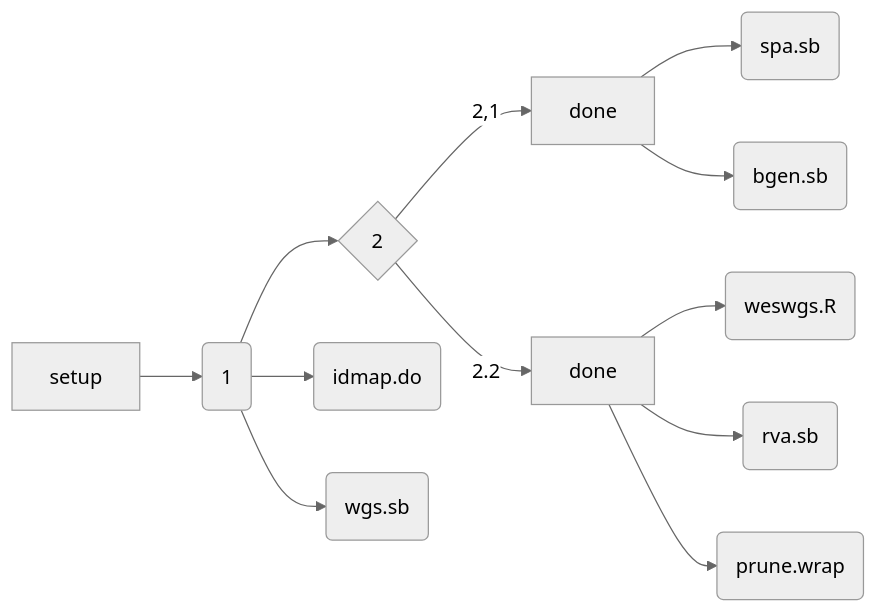
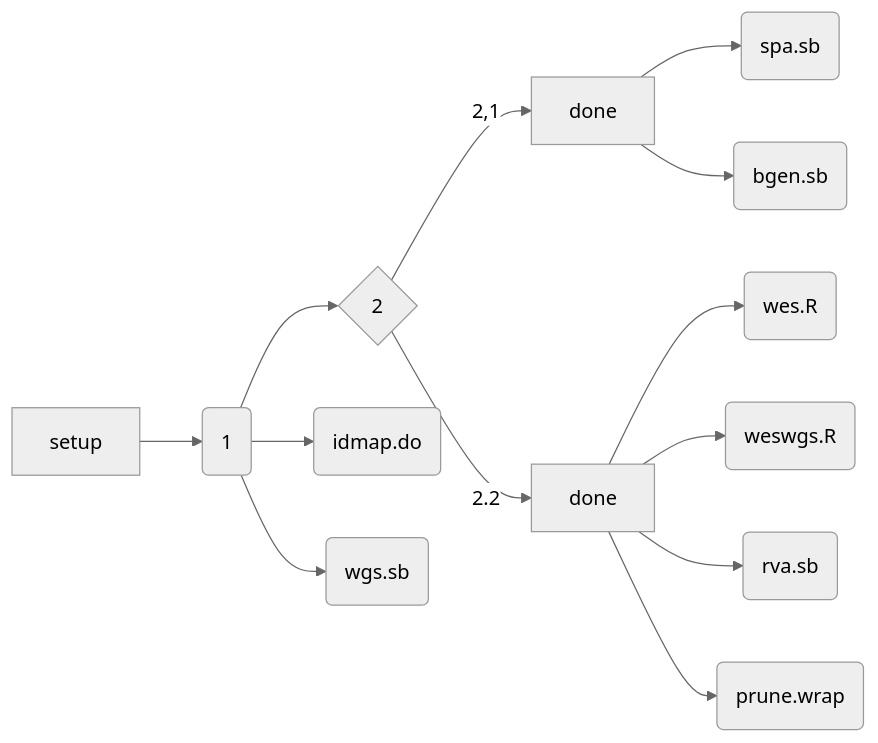
Before and after one commit to jinghuazhao/SCALLOP-Seq: the diagram in README.md, drawn with Mermaid (neutral theme).

````diff
--- a/README.md
+++ b/README.md
@@ -13,10 +13,10 @@
 ```mermaid
 graph LR;
 A[setup] -->B(1);
     B --> C{2}; B --> F(idmap.do); B --> I(wgs.sb);
     C -->|2,1| D[done];
-    C -->|2.2| E[done]; E --> L(weswgs.R);
+    C -->|2.2| E[done]; E --> L(wes.R); E --> M(weswgs.R);
     D --> G(spa.sb); D --> K(bgen.sb);
     E --> H(rva.sb); E --> J(prune.wrap);
 
 ```
````
